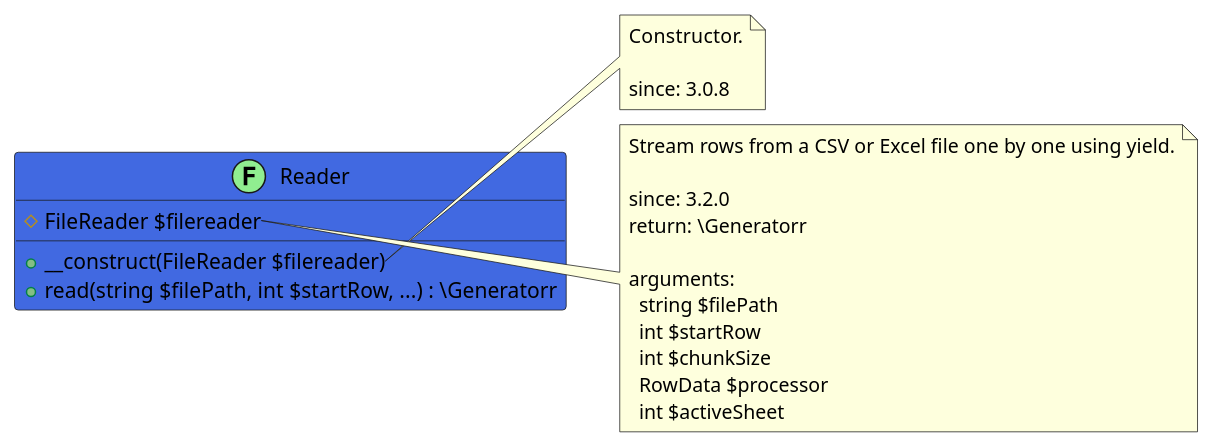
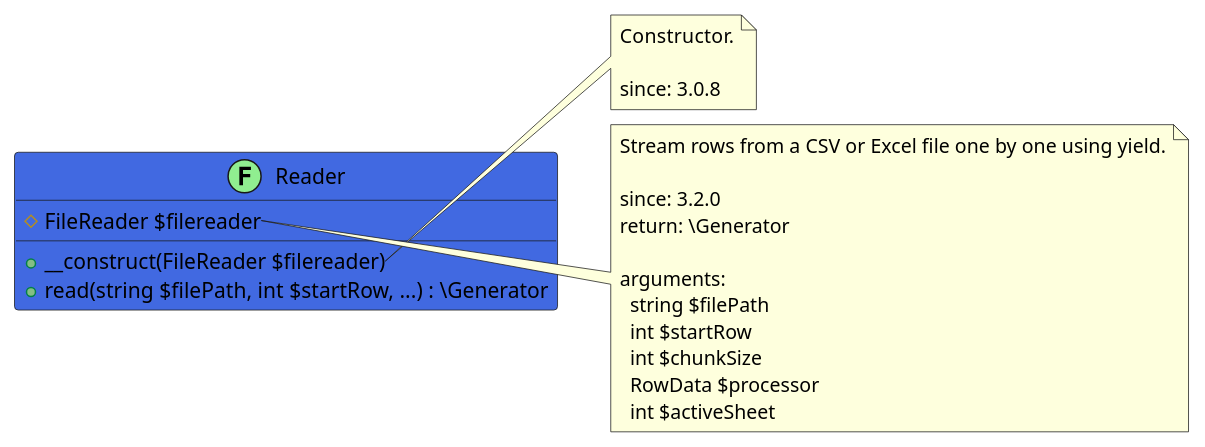
The diagram in src/c4169332-3914-400e-b861-972b2d465963/README.md (joomengine/super-powers), drawn with PlantUML before and after one commit. The commit also changed 43 other files, not shown here.

````diff
--- a/src/c4169332-3914-400e-b861-972b2d465963/README.md
+++ b/src/c4169332-3914-400e-b861-972b2d465963/README.md
@@ -5,31 +5,31 @@
 ```uml
 @startuml
 
 class Reader << (F,LightGreen) >> #RoyalBlue {
   # FileReader $filereader
   + __construct(FileReader $filereader)
-  + read(string $filePath, int $startRow, ...) : \Generatorr
+  + read(string $filePath, int $startRow, ...) : \Generator
 }
 
 note right of Reader::__construct
   Constructor.
 
   since: 3.0.8
 end note
 
 note right of Reader::read
   Stream rows from a CSV or Excel file one by one using yield.
 
   since: 3.2.0
-  return: \Generatorr
+  return: \Generator
   
   arguments:
     string $filePath
     int $startRow
     int $chunkSize
     RowData $processor
     int $activeSheet
 end note
 
 @enduml
 ```
````
